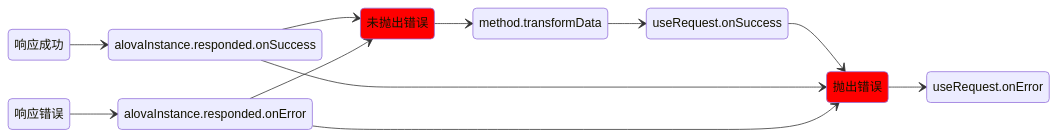
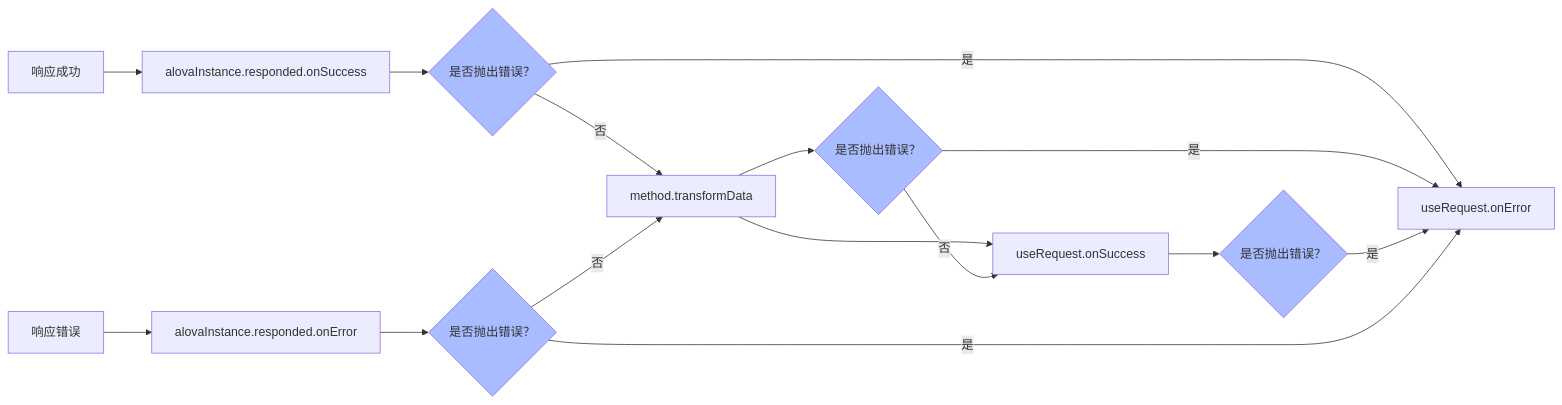
The diagram in i18n/zh-CN/docusaurus-plugin-content-docs/current/tutorial/02-getting-started/08-response.md (alovajs/alovajs.github.io), drawn with Mermaid before and after one commit. The commit also changed other lines of this file and 82 other files, not shown here.

````diff
--- a/i18n/zh-CN/docusaurus-plugin-content-docs/current/tutorial/02-getting-started/08-response.md
+++ b/i18n/zh-CN/docusaurus-plugin-content-docs/current/tutorial/02-getting-started/08-response.md
@@ -11,17 +11,22 @@
 ```mermaid
-stateDiagram
-  direction LR
-  classDef condition fill:red
-
+flowchart LR
+  classDef condition fill:#a8bcff
 
   响应成功 --> alovaInstance.responded.onSuccess
-  alovaInstance.responded.onSuccess --> 未抛出错误:::condition
-  未抛出错误 --> method.transformData
+  alovaInstance.responded.onSuccess --> throw{是否抛出错误？}:::condition
+  throw -->|否| method.transformData
   method.transformData --> useRequest.onSuccess
-  useRequest.onSuccess --> 抛出错误
-  alovaInstance.responded.onSuccess --> 抛出错误:::condition
-  抛出错误 --> useRequest.onError
+  throw -->|是| useRequest.onError
+
+  method.transformData --> throw2{是否抛出错误？}:::condition
+  throw2 -->|否| useRequest.onSuccess
+  throw2 -->|是| useRequest.onError
+
+  useRequest.onSuccess --> throw3{是否抛出错误？}:::condition
+  throw3 -->|是| useRequest.onError
+
   响应错误 --> alovaInstance.responded.onError
-  alovaInstance.responded.onError --> 未抛出错误
-  alovaInstance.responded.onError --> 抛出错误
+  alovaInstance.responded.onError --> throw4{是否抛出错误？}:::condition
+  throw4 -->|是| useRequest.onError
+  throw4 -->|否| method.transformData
 ```
````
